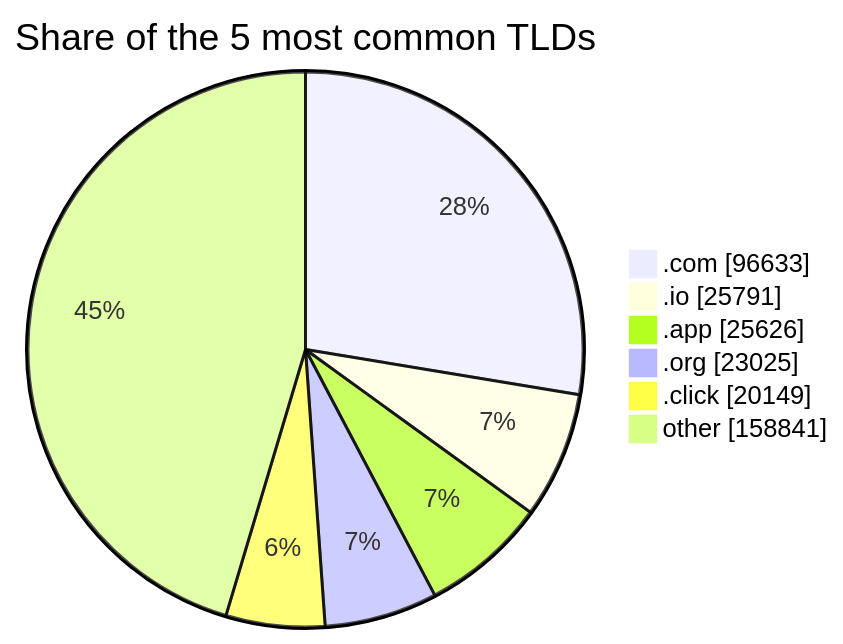
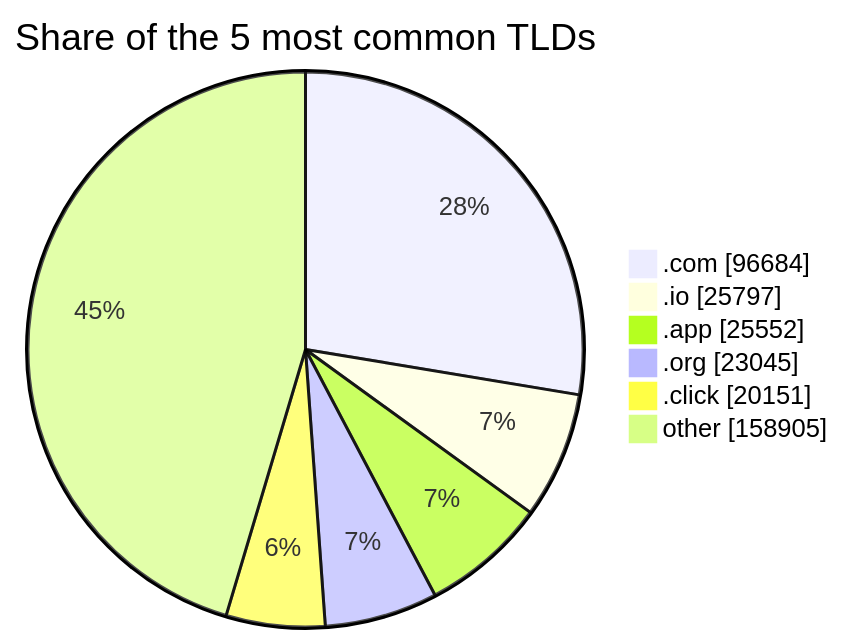
The third of 3 diagrams in README.md (DNSBunker/CTI), drawn with Mermaid before and after one commit. The commit also changed other lines of this file and 3 other files, not shown here.

````diff
--- a/README.md
+++ b/README.md
@@ -81,9 +81,9 @@
 ```mermaid
 pie showData title Share of the 5 most common TLDs
-    ".com" : 96633
-    ".io" : 25791
-    ".app" : 25626
-    ".org" : 23025
-    ".click" : 20149
-    "other" : 158841
+    ".com" : 96684
+    ".io" : 25797
+    ".app" : 25552
+    ".org" : 23045
+    ".click" : 20151
+    "other" : 158905
 ```
````
